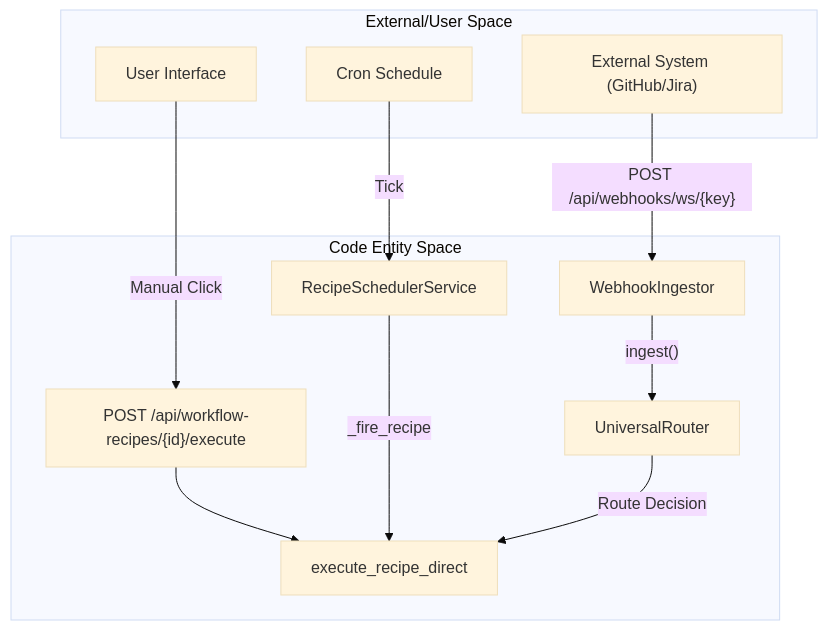
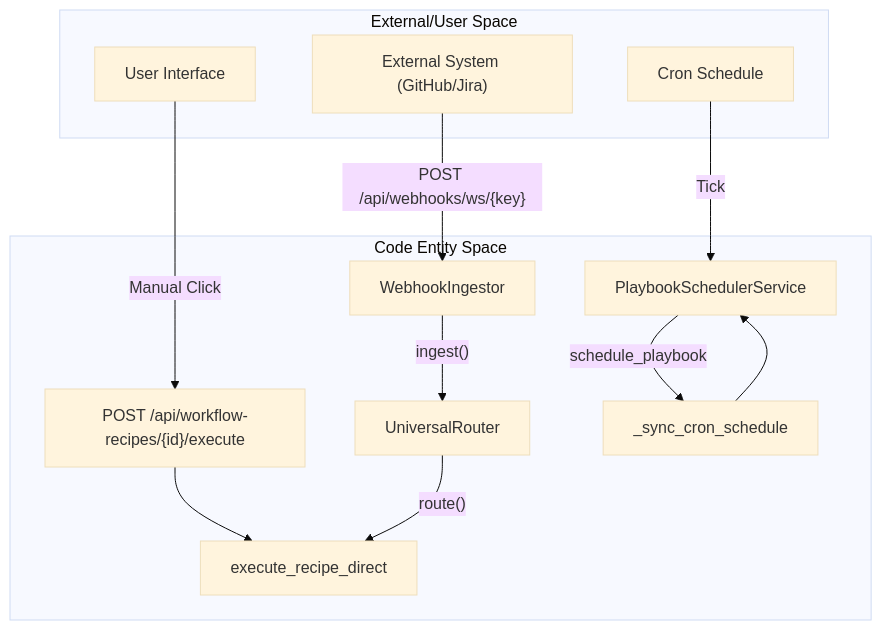
One commit to AutomatosAI/automatos-ai changed the first of 2 diagrams in docs/workflows-recipes/scheduling-triggers.md. Above: the diagram before and after it, drawn with Mermaid (base theme). The commit also changed other lines of this file and 153 other files, not shown here.

````diff
--- a/docs/workflows-recipes/scheduling-triggers.md
+++ b/docs/workflows-recipes/scheduling-triggers.md
@@ -50,25 +45,27 @@
 ```mermaid
 graph TD
     subgraph "External/User Space"
         User["User Interface"]
         Timer["Cron Schedule"]
         Ext["External System (GitHub/Jira)"]
     end
 
     subgraph "Code Entity Space"
         API["POST /api/workflow-recipes/{id}/execute"]
-        Sched["RecipeSchedulerService"]
+        Sched["PlaybookSchedulerService"]
         Web["WebhookIngestor"]
         Router["UniversalRouter"]
         Exec["execute_recipe_direct"]
+        Sync["_sync_cron_schedule"]
     end
 
     User -->|"Manual Click"| API
     Timer -->|"Tick"| Sched
     Ext -->|"POST /api/webhooks/ws/{key}"| Web
     
     API --> Exec
-    Sched -->|"_fire_recipe"| Exec
+    Sched -->|"schedule_playbook"| Sync
+    Sync --> Sched
     Web -->|"ingest()"| Router
-    Router -->|"Route Decision"| Exec
+    Router -->|"route()"| Exec
 ```
````
